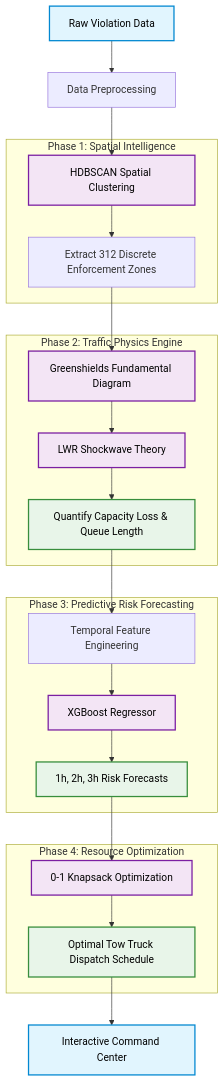
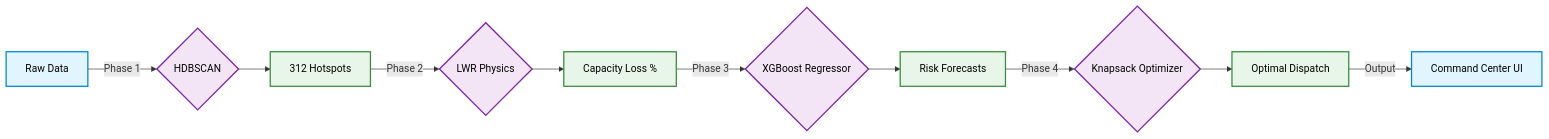
One commit to kulharshit21/aether-traffic changed the diagram in README.md. Above: the diagram before and after it, drawn with Mermaid. The commit also changed other lines of this file, not shown here.

Commit message:
Enhance README with project overview and flowchart
Updated README with new project details and system design flowchart.

````diff
--- a/README.md
+++ b/README.md
@@ -34,32 +49,20 @@
 ```mermaid
-graph TD
-    classDef input fill:#e1f5fe,stroke:#0288d1,stroke-width:2px,color:#000;
-    classDef algo fill:#f3e5f5,stroke:#7b1fa2,stroke-width:2px,color:#000;
-    classDef output fill:#e8f5e9,stroke:#388e3c,stroke-width:2px,color:#000;
+flowchart LR
+    classDef in fill:#e1f5fe,stroke:#0288d1,stroke-width:2px,color:#000
+    classDef alg fill:#f3e5f5,stroke:#7b1fa2,stroke-width:2px,color:#000
+    classDef out fill:#e8f5e9,stroke:#388e3c,stroke-width:2px,color:#000
 
-    A[Raw Violation Data]:::input --> B[Data Preprocessing]
-    B --> C[HDBSCAN Spatial Clustering]:::algo
+    A[Raw Data]:::in -->|Phase 1| B{HDBSCAN}:::alg
+    B --> C[312 Hotspots]:::out
     
-    subgraph Phase 1: Spatial Intelligence
-        C --> D[Extract 312 Discrete Enforcement Zones]
-    end
-
-    subgraph Phase 2: Traffic Physics Engine
-        D --> E[Greenshields Fundamental Diagram]:::algo
-        E --> F[LWR Shockwave Theory]:::algo
-        F --> G[Quantify Capacity Loss & Queue Length]:::output
-    end
-
-    subgraph Phase 3: Predictive Risk Forecasting
-        G --> H[Temporal Feature Engineering]
-        H --> I[XGBoost Regressor]:::algo
-        I --> J[1h, 2h, 3h Risk Forecasts]:::output
-    end
-
-    subgraph Phase 4: Resource Optimization
-        J --> K[0-1 Knapsack Optimization]:::algo
-        K --> L[Optimal Tow Truck Dispatch Schedule]:::output
-    end
+    C -->|Phase 2| D{LWR Physics}:::alg
+    D --> E[Capacity Loss %]:::out
     
-    L --> M[Interactive Command Center]:::input
+    E -->|Phase 3| F{XGBoost Regressor}:::alg
+    F --> G[Risk Forecasts]:::out
+    
+    G -->|Phase 4| H{Knapsack Optimizer}:::alg
+    H --> I[Optimal Dispatch]:::out
+    
+    I -->|Output| J[Command Center UI]:::in
 ```
````
